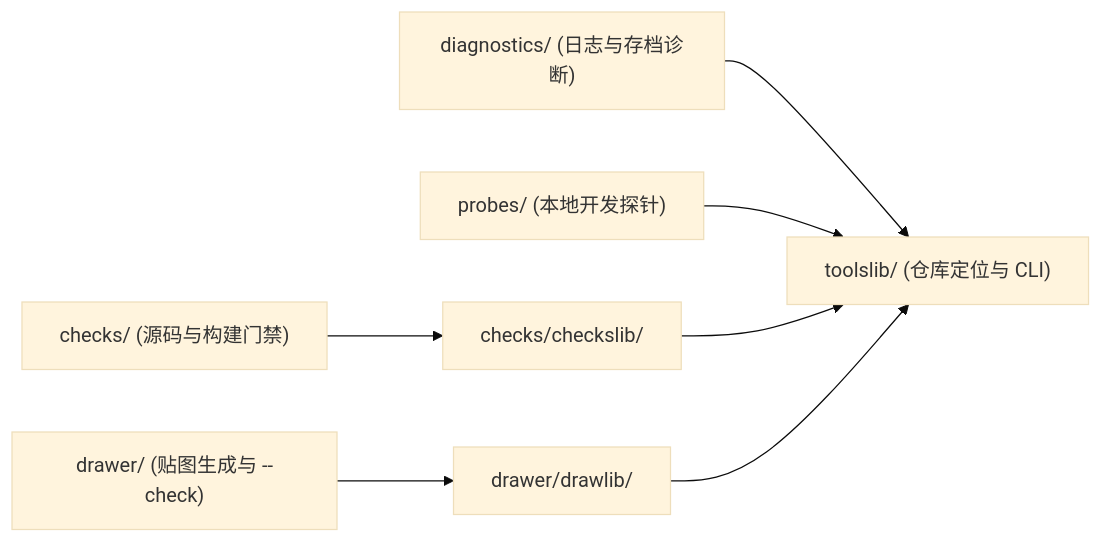
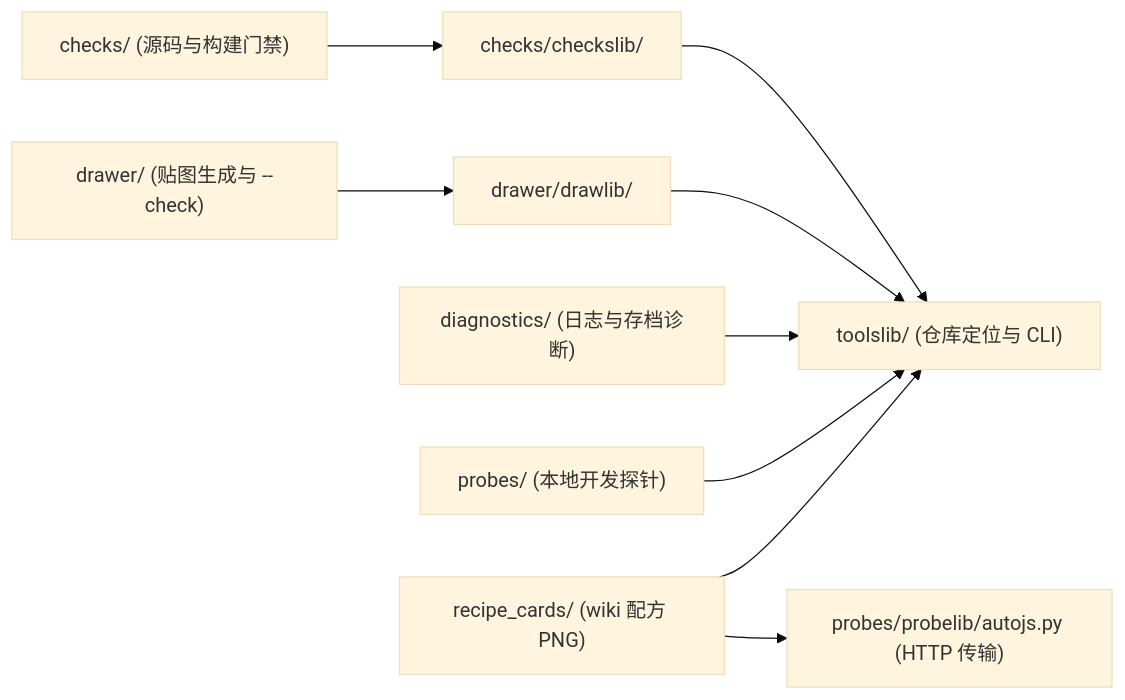
The diagram in tools/README.md (meteoritel/unsuspicious-block), drawn with Mermaid (base theme) before and after one commit. The commit also changed other lines of this file and 11 other files, not shown here.

````diff
--- a/tools/README.md
+++ b/tools/README.md
@@ -15,9 +16,11 @@
 ```mermaid
 flowchart LR
     CK["checks/ (源码与构建门禁)"] --> CL["checks/checkslib/"]
     DR["drawer/ (贴图生成与 --check)"] --> DL["drawer/drawlib/"]
     DG["diagnostics/ (日志与存档诊断)"] --> TL["toolslib/ (仓库定位与 CLI)"]
     PR["probes/ (本地开发探针)"] --> TL
+    RC["recipe_cards/ (wiki 配方 PNG)"] --> TL
+    RC --> AT["probes/probelib/autojs.py (HTTP 传输)"]
     CL --> TL
     DL --> TL
 ```
````
